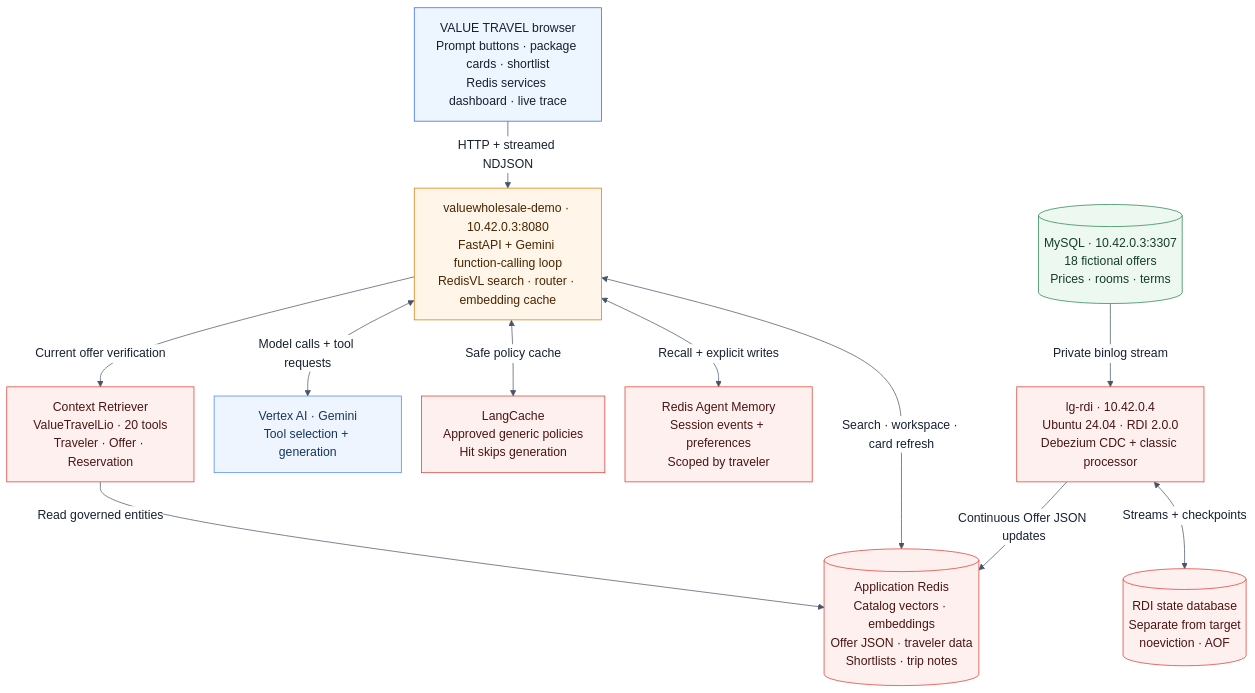
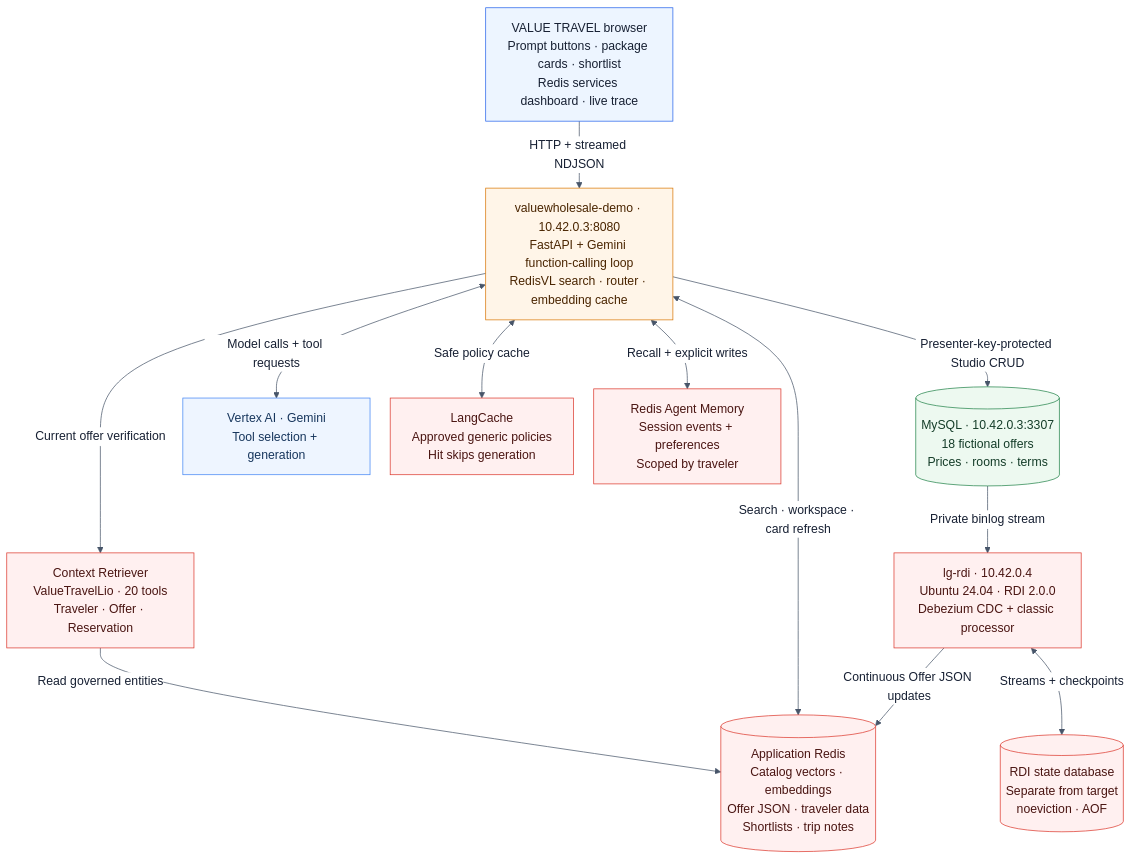
One commit to kaizer113/RedisTravelAgent changed the diagram in docs/architecture.mmd. Above: the diagram before and after it, drawn with Mermaid. The commit also changed 16 other files, not shown here.

```diff
--- a/docs/architecture.mmd
+++ b/docs/architecture.mmd
@@ -1,32 +1,33 @@
 %%{init: {"theme":"base","themeVariables":{"fontFamily":"Arial","fontSize":"17px","primaryTextColor":"#172033","lineColor":"#475569","edgeLabelBackground":"#ffffff"},"flowchart":{"curve":"basis","nodeSpacing":28,"rankSpacing":42}}}%%
 flowchart TB
   ui["VALUE TRAVEL browser<br/>Prompt buttons · package cards · shortlist<br/>Redis services dashboard · live trace"]
     app["valuewholesale-demo · 10.42.0.3:8080<br/>FastAPI + Gemini function-calling loop<br/>RedisVL search · router · embedding cache"]
     mysql[("MySQL · 10.42.0.3:3307<br/>18 fictional offers<br/>Prices · rooms · terms")]
     rdi["lg-rdi · 10.42.0.4<br/>Ubuntu 24.04 · RDI 2.0.0<br/>Debezium CDC + classic processor"]
     mysql -->|Private binlog stream| rdi
   gemini["Vertex AI · Gemini<br/>Tool selection + generation"]
     lc["LangCache<br/>Approved generic policies<br/>Hit skips generation"]
     ram["Redis Agent Memory<br/>Session events + preferences<br/>Scoped by traveler"]
     ctx["Context Retriever<br/>ValueTravelLio · 20 tools<br/>Traveler · Offer · Reservation"]
     db[("Application Redis<br/>Catalog vectors · embeddings<br/>Offer JSON · traveler data<br/>Shortlists · trip notes")]
     state[("RDI state database<br/>Separate from target<br/>noeviction · AOF")]
     ctx -->|Read governed entities| db
   ui -->|HTTP + streamed NDJSON| app
+  app -->|Presenter-key-protected Studio CRUD| mysql
   app <-->|Model calls + tool requests| gemini
   app <-->|Safe policy cache| lc
   app <-->|Recall + explicit writes| ram
   app -->|Current offer verification| ctx
   app <-->|Search · workspace · card refresh| db
   rdi -->|Continuous Offer JSON updates| db
   rdi <-->|Streams + checkpoints| state
   classDef client fill:#edf5ff,stroke:#2563eb,color:#172033
   classDef application fill:#fff5e8,stroke:#d97706,color:#4a2500
   classDef redis fill:#fff0f0,stroke:#dc382d,color:#4a1512
   classDef source fill:#edf9f0,stroke:#23834a,color:#153d29
   classDef google fill:#eef5ff,stroke:#4285f4,color:#17365d
   class ui client
   class app application
   class lc,ram,ctx,db,state,rdi redis
   class mysql source
   class gemini google
```
